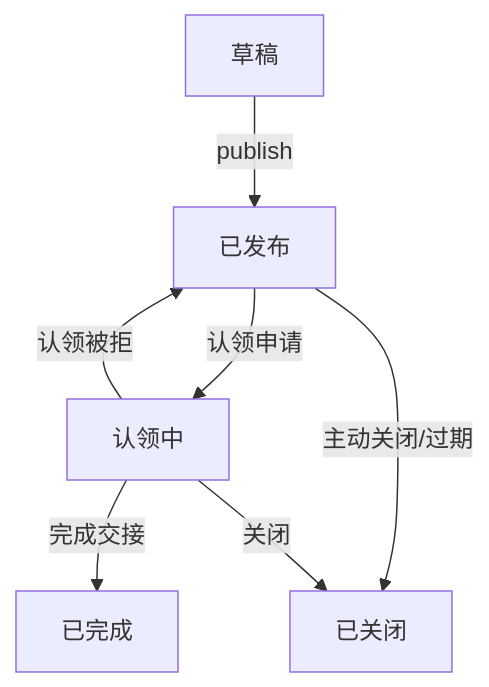
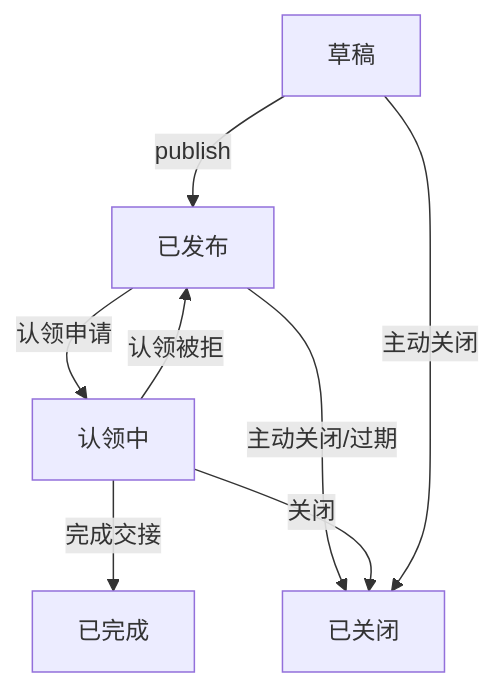
One commit to TrisSun/Aimback changed the diagram in docs/接口契约.md. Above: the diagram before and after it, drawn with Mermaid. The commit also changed other lines of this file and 1 other file, not shown here.

````diff
--- a/docs/接口契约.md
+++ b/docs/接口契约.md
@@ -34,9 +39,10 @@
 ```mermaid
 flowchart TD
     Draft[草稿] -->|publish| Published[已发布]
     Published -->|认领申请| Claiming[认领中]
     Claiming -->|完成交接| Completed[已完成]
     Claiming -->|认领被拒| Published
     Published -->|主动关闭/过期| Closed[已关闭]
     Claiming -->|关闭| Closed
+    Draft -->|主动关闭| Closed
 ```
````
